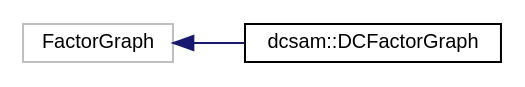
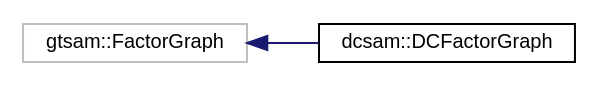
The diagram in inherit_graph_3.dot (MarineRoboticsGroup/dcsam), drawn with Graphviz before and after one commit. The commit also changed 230 other files, not shown here.

```diff
--- a/inherit_graph_3.dot
+++ b/inherit_graph_3.dot
@@ -1,10 +1,10 @@
 digraph "Graphical Class Hierarchy"
 {
  // LATEX_PDF_SIZE
   edge [fontname="Helvetica",fontsize="10",labelfontname="Helvetica",labelfontsize="10"];
   node [fontname="Helvetica",fontsize="10",shape=record];
   rankdir="LR";
-  Node4 [label="FactorGraph",height=0.2,width=0.4,color="grey75", fillcolor="white", style="filled",tooltip=" "];
-  Node4 -> Node0 [dir="back",color="midnightblue",fontsize="10",style="solid",fontname="Helvetica"];
+  Node17 [label="gtsam::FactorGraph",height=0.2,width=0.4,color="grey75", fillcolor="white", style="filled",tooltip=" "];
+  Node17 -> Node0 [dir="back",color="midnightblue",fontsize="10",style="solid",fontname="Helvetica"];
   Node0 [label="dcsam::DCFactorGraph",height=0.2,width=0.4,color="black", fillcolor="white", style="filled",URL="$classdcsam_1_1_d_c_factor_graph.html",tooltip=" "];
 }
```
